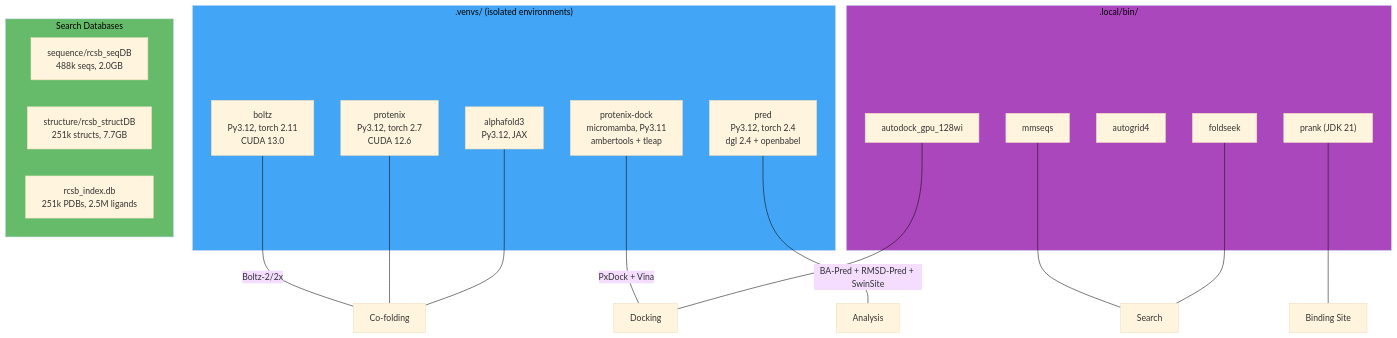
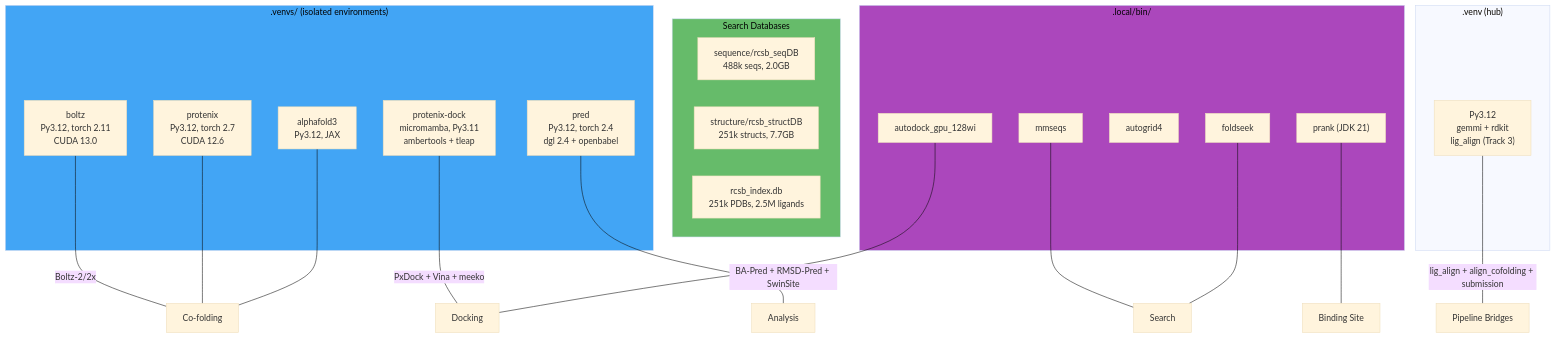
Diagram 23 of 23 in docs/pipeline.md (eightmm/mosaic-pl), drawn with Mermaid (base theme) before and after one commit.

Commit message:
docs(pipeline): add hub venv + lig_align to Tool Ecosystem diagram

````diff
--- a/docs/pipeline.md
+++ b/docs/pipeline.md
@@ -863,38 +863,43 @@
 ```mermaid
 graph TB
     subgraph VENVS[".venvs/ (isolated environments)"]
         BOLTZ["boltz\nPy3.12, torch 2.11\nCUDA 13.0"]
         PROTENIX["protenix\nPy3.12, torch 2.7\nCUDA 12.6"]
         AF3["alphafold3\nPy3.12, JAX"]
         PXDOCK["protenix-dock\nmicromamba, Py3.11\nambertools + tleap"]
         PRED["pred\nPy3.12, torch 2.4\ndgl 2.4 + openbabel"]
     end
 
     subgraph BINS[".local/bin/"]
         MMSEQS["mmseqs"]
         FOLDSEEK["foldseek"]
         AUTOGRID["autogrid4"]
         ADGPU["autodock_gpu_128wi"]
         PRANK["prank (JDK 21)"]
     end
 
     subgraph DBS["Search Databases"]
         SEQDB["sequence/rcsb_seqDB\n488k seqs, 2.0GB"]
         STRUCTDB["structure/rcsb_structDB\n251k structs, 7.7GB"]
         RCSBDB["rcsb_index.db\n251k PDBs, 2.5M ligands"]
     end
 
+    subgraph HUB[".venv (hub)"]
+        HUBPY["Py3.12\ngemmi + rdkit\nlig_align (Track 3)"]
+    end
+
     BOLTZ ---|"Boltz-2/2x"| COFOLDING["Co-folding"]
     PROTENIX --- COFOLDING
     AF3 --- COFOLDING
-    PXDOCK ---|"PxDock + Vina"| DOCKING["Docking"]
+    PXDOCK ---|"PxDock + Vina + meeko"| DOCKING["Docking"]
     PRED ---|"BA-Pred + RMSD-Pred + SwinSite"| ANALYSIS["Analysis"]
+    HUBPY ---|"lig_align + align_cofolding + submission"| PIPELINE["Pipeline Bridges"]
     MMSEQS --- SEARCH["Search"]
     FOLDSEEK --- SEARCH
     ADGPU --- DOCKING
     PRANK --- BINDING["Binding Site"]
 
     style VENVS fill:#42a5f5,color:#000
     style BINS fill:#ab47bc,color:#000
     style DBS fill:#66bb6a,color:#000
 ```
````
